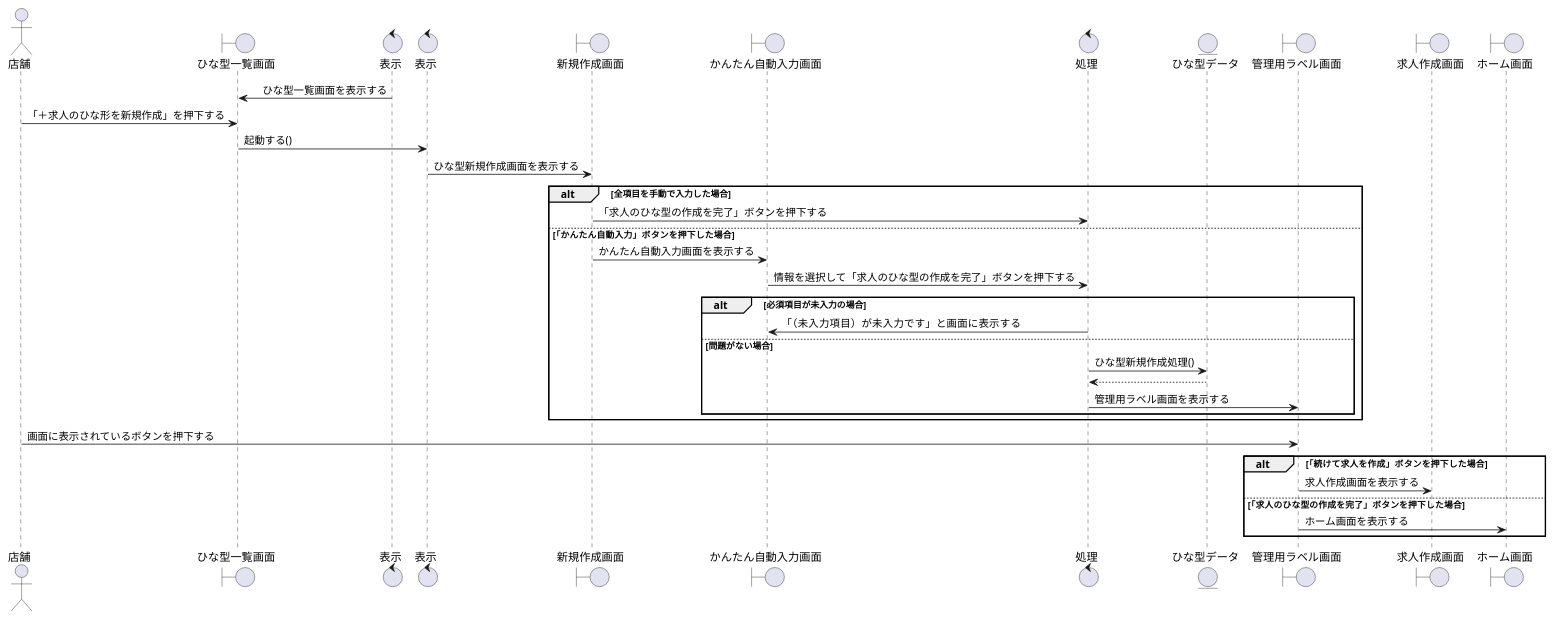
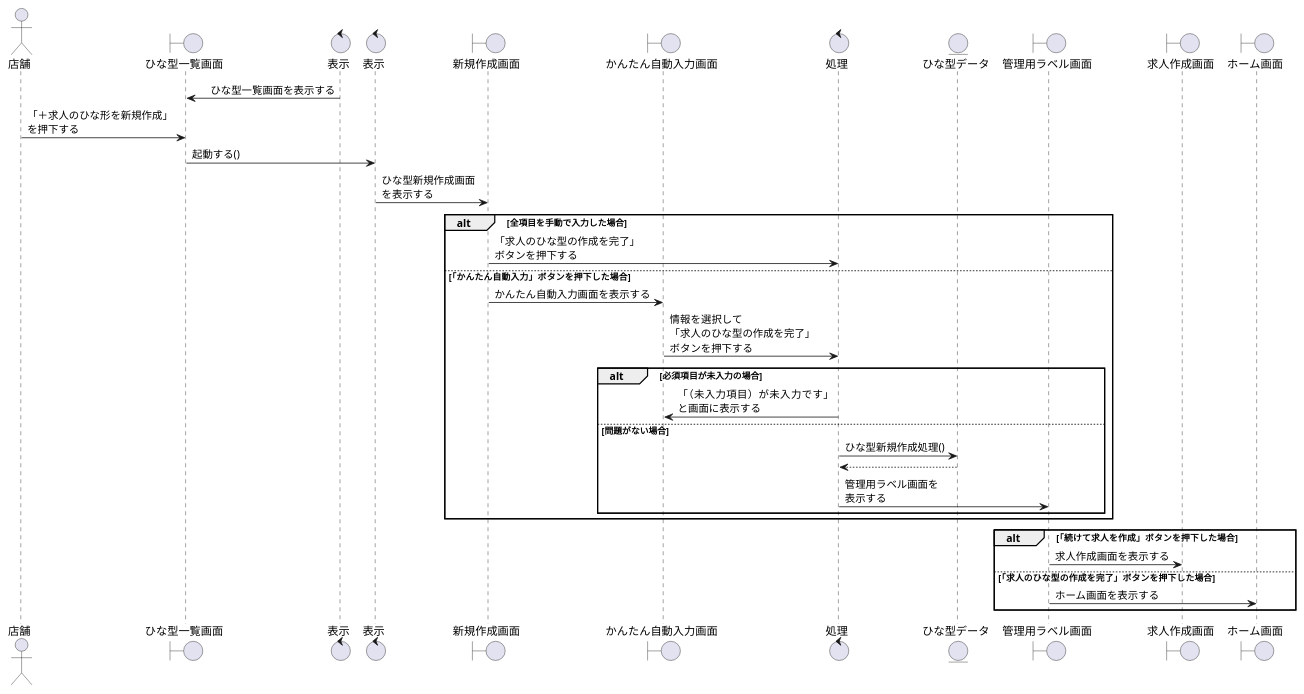
Before and after one commit to irukacb256/high_Me: the diagram in sequence_fig/8_storeside_fn/02_求人のひな形を作成する.pu, drawn with PlantUML. The commit also changed 4 other files, not shown here.

```diff
--- a/sequence_fig/8_storeside_fn/02_求人のひな形を作成する.pu
+++ b/sequence_fig/8_storeside_fn/02_求人のひな形を作成する.pu
@@ -1,46 +1,45 @@
 @startuml 求人のひな形を作成する
 
-actor 店舗 as st1
+actor 店舗 as cp1
 boundary ひな型一覧画面 as b1
 control 表示 as co1
 control 表示 as co2
 boundary 新規作成画面 as b2
 boundary かんたん自動入力画面 as b3
 control 処理 as co4
 entity ひな型データ as e1
 boundary 管理用ラベル画面 as b4
 boundary 求人作成画面 as b5
 boundary ホーム画面 as b6
 
 
 b1 <- co1 :　ひな型一覧画面を表示する
-st1 -> b1 :「＋求人のひな形を新規作成」を押下する
+cp1 -> b1 :「＋求人のひな形を新規作成」\nを押下する
 b1  -> co2 :起動する()
-co2 -> b2 :ひな型新規作成画面を表示する
+co2 -> b2 :ひな型新規作成画面\nを表示する
     alt 全項目を手動で入力した場合
-    b2  -> co4 :「求人のひな型の作成を完了」ボタンを押下する
+    b2  -> co4 :「求人のひな型の作成を完了」\nボタンを押下する
     else 「かんたん自動入力」ボタンを押下した場合
     b2 -> b3 :かんたん自動入力画面を表示する
 
-    b3  -> co4 :情報を選択して「求人のひな型の作成を完了」ボタンを押下する
+    b3  -> co4 :情報を選択して\n「求人のひな型の作成を完了」\nボタンを押下する
         alt 必須項目が未入力の場合
-        b3 <- co4 :「（未入力項目）が未入力です」と画面に表示する
+        b3 <- co4 :「（未入力項目）が未入力です」\nと画面に表示する
         else 問題がない場合
         co4 -> e1 :ひな型新規作成処理()
         co4 <-- e1
-        co4 -> b4 :管理用ラベル画面を表示する
+        co4 -> b4 :管理用ラベル画面を\n表示する
 
         end
     end
 
-st1 -> b4 :画面に表示されているボタンを押下する
     alt 「続けて求人を作成」ボタンを押下した場合
     b4 -> b5 :求人作成画面を表示する
     else 「求人のひな型の作成を完了」ボタンを押下した場合
     b4 -> b6 :ホーム画面を表示する
 
     end
 
 
 
 @enduml
```
